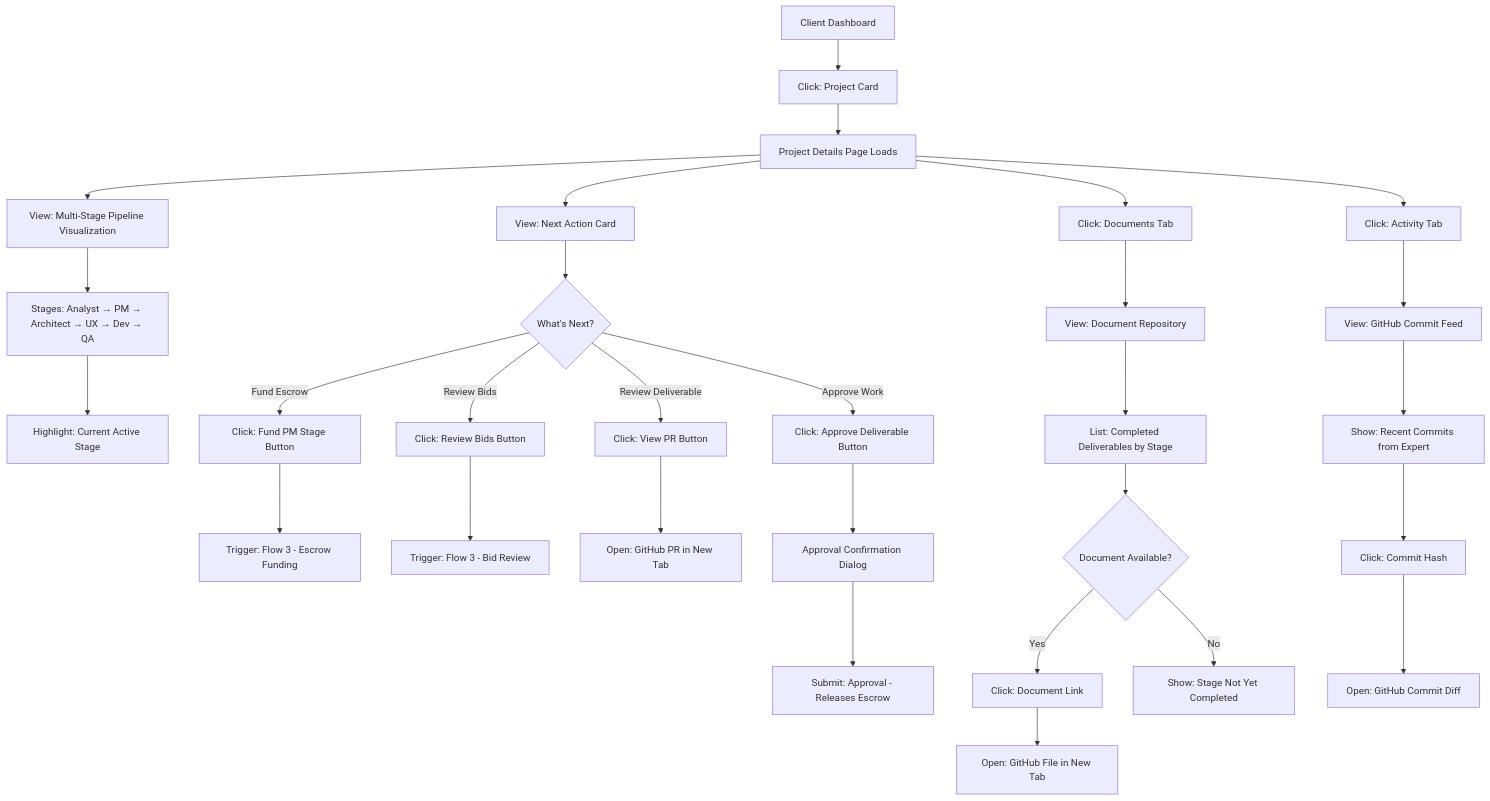
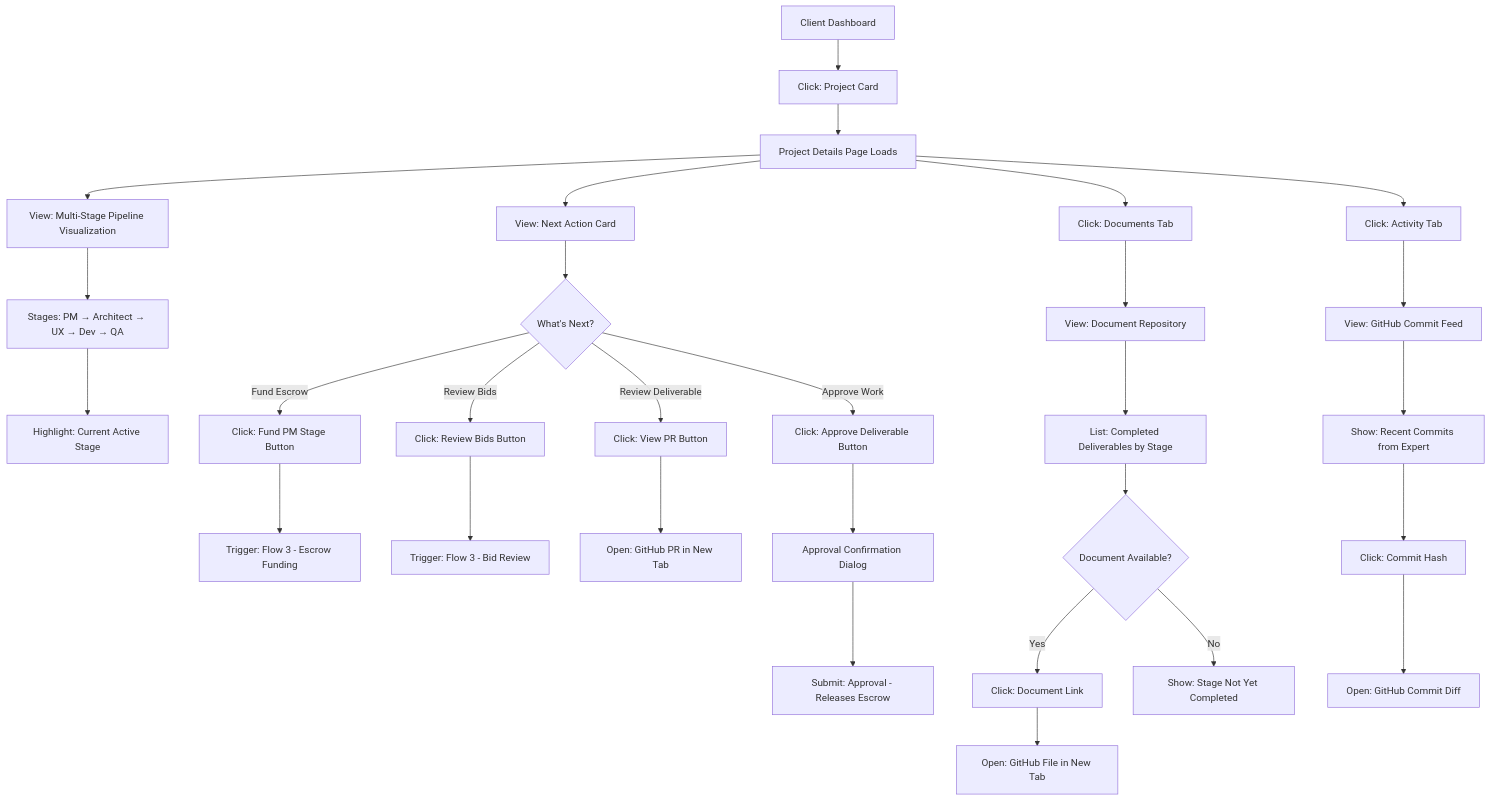
Before and after one commit to ALLiDoizCode/American_Nerd: the seventh of 7 diagrams in docs/front-end-spec.md, drawn with Mermaid. The commit also changed other lines of this file and 33 other files, not shown here.

````diff
--- a/docs/front-end-spec.md
+++ b/docs/front-end-spec.md
@@ -504,41 +504,41 @@
 ```mermaid
 graph TD
     A[Client Dashboard] --> B[Click: Project Card]
     B --> C[Project Details Page Loads]
 
     C --> D[View: Multi-Stage Pipeline Visualization]
-    D --> E[Stages: Analyst → PM → Architect → UX → Dev → QA]
+    D --> E[Stages: PM → Architect → UX → Dev → QA]
     E --> F[Highlight: Current Active Stage]
 
     C --> G[View: Next Action Card]
     G --> H{What's Next?}
 
     H -->|Fund Escrow| I[Click: Fund PM Stage Button]
     I --> J[Trigger: Flow 3 - Escrow Funding]
 
     H -->|Review Bids| K[Click: Review Bids Button]
     K --> L[Trigger: Flow 3 - Bid Review]
 
     H -->|Review Deliverable| M[Click: View PR Button]
     M --> N[Open: GitHub PR in New Tab]
 
     H -->|Approve Work| O[Click: Approve Deliverable Button]
     O --> P[Approval Confirmation Dialog]
     P --> Q[Submit: Approval - Releases Escrow]
 
     C --> R[Click: Documents Tab]
     R --> S[View: Document Repository]
     S --> T[List: Completed Deliverables by Stage]
 
     T --> U{Document Available?}
     U -->|Yes| V[Click: Document Link]
     V --> W[Open: GitHub File in New Tab]
 
     U -->|No| X[Show: Stage Not Yet Completed]
 
     C --> Y[Click: Activity Tab]
     Y --> Z[View: GitHub Commit Feed]
     Z --> AA[Show: Recent Commits from Expert]
     AA --> AB[Click: Commit Hash]
     AB --> AC[Open: GitHub Commit Diff]
 ```
````
